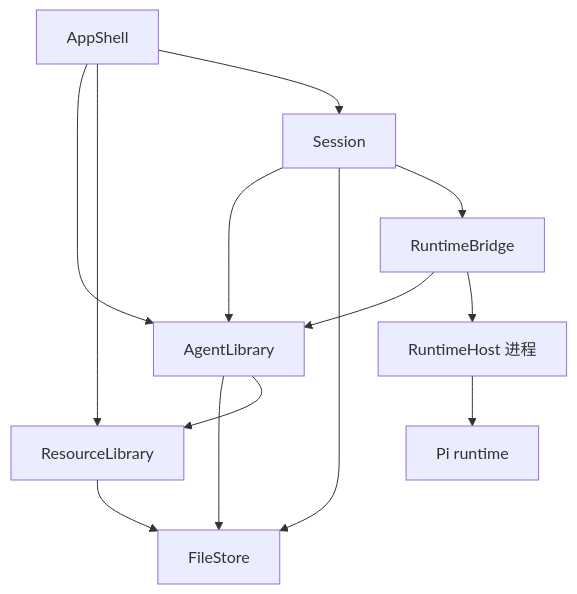
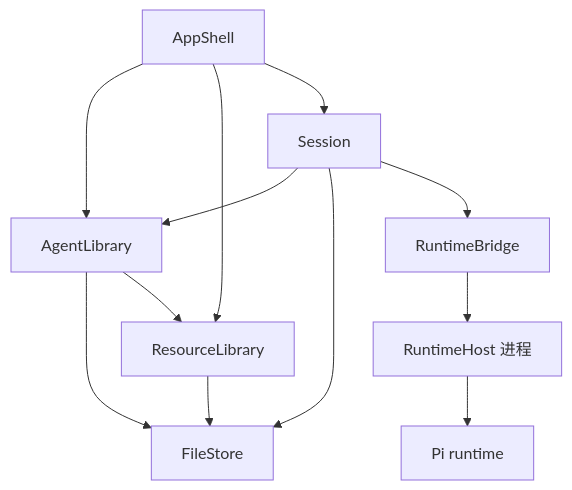
One commit to acezhx/agent-mac changed the second of 2 diagrams in doc/technical-design.md. Above: the diagram before and after it, drawn with Mermaid. The commit also changed other lines of this file and 9 other files, not shown here.

````diff
--- a/doc/technical-design.md
+++ b/doc/technical-design.md
@@ -517,19 +523,18 @@
 ```mermaid
 flowchart TD
     AppShell["AppShell"] --> AgentLibrary["AgentLibrary"]
     AppShell --> ResourceLibrary["ResourceLibrary"]
     AppShell --> Session["Session"]
 
     AgentLibrary --> FileStore["FileStore"]
     AgentLibrary --> ResourceLibrary
 
     ResourceLibrary --> FileStore
 
     Session --> AgentLibrary
     Session --> FileStore
     Session --> RuntimeBridge["RuntimeBridge"]
 
-    RuntimeBridge --> AgentLibrary
     RuntimeBridge --> RuntimeHost["RuntimeHost 进程"]
     RuntimeHost --> Pi["Pi runtime"]
 ```
````
